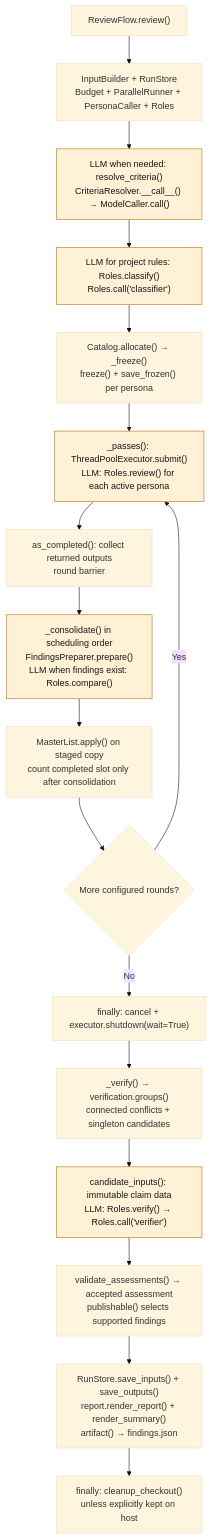
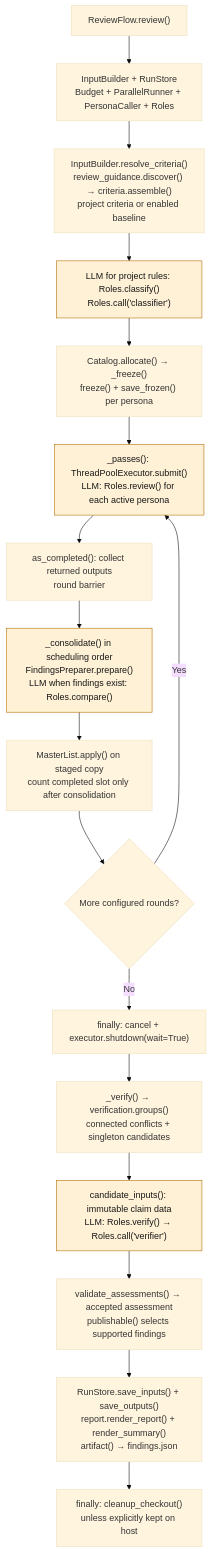
The third of 6 diagrams in docs/project-explainer.md (sskelkar/code-reviewer), drawn with Mermaid (base theme) before and after one commit. The commit also changed other lines of this file and 43 other files, not shown here.

First line of the commit message:
Use explicit project review criteria with automatic baseline fallback (#1)

````diff
--- a/docs/project-explainer.md
+++ b/docs/project-explainer.md
@@ -119,21 +119,21 @@
 ```mermaid
 flowchart TD
     START["ReviewFlow.review()"] --> INPUT["InputBuilder + RunStore<br/>Budget + ParallelRunner + PersonaCaller + Roles"]
-    INPUT --> RES["LLM when needed: resolve_criteria()<br/>CriteriaResolver.__call__() → ModelCaller.call()"]
+    INPUT --> RES["InputBuilder.resolve_criteria()<br/>review_guidance.discover() → criteria.assemble()<br/>project criteria or enabled baseline"]
     RES --> CLASS["LLM for project rules: Roles.classify()<br/>Roles.call('classifier')"]
     CLASS --> FREEZE["Catalog.allocate() → _freeze()<br/>freeze() + save_frozen() per persona"]
     FREEZE --> ROUND["_passes(): ThreadPoolExecutor.submit()<br/>LLM: Roles.review() for each active persona"]
     ROUND --> WAIT["as_completed(): collect returned outputs<br/>round barrier"]
     WAIT --> MERGE["_consolidate() in scheduling order<br/>FindingsPreparer.prepare()<br/>LLM when findings exist: Roles.compare()"]
     MERGE --> APPLY["MasterList.apply() on staged copy<br/>count completed slot only after consolidation"]
     APPLY --> NEXT{"More configured rounds?"}
     NEXT -->|Yes| ROUND
     NEXT -->|No| JOIN["finally: cancel + executor.shutdown(wait=True)"]
     JOIN --> JOBS["_verify() → verification.groups()<br/>connected conflicts + singleton candidates"]
     JOBS --> VERIFY["candidate_inputs(): immutable claim data<br/>LLM: Roles.verify() → Roles.call('verifier')"]
     VERIFY --> GATE["validate_assessments() → accepted assessment<br/>publishable() selects supported findings"]
     GATE --> REPORT["RunStore.save_inputs() + save_outputs()<br/>report.render_report() + render_summary()<br/>artifact() → findings.json"]
     REPORT --> CLEAN["finally: cleanup_checkout()<br/>unless explicitly kept on host"]
     classDef llm fill:#fff1d6,stroke:#b76b00,color:#171717
-    class RES,CLASS,ROUND,MERGE,VERIFY llm
+    class CLASS,ROUND,MERGE,VERIFY llm
 ```
````
